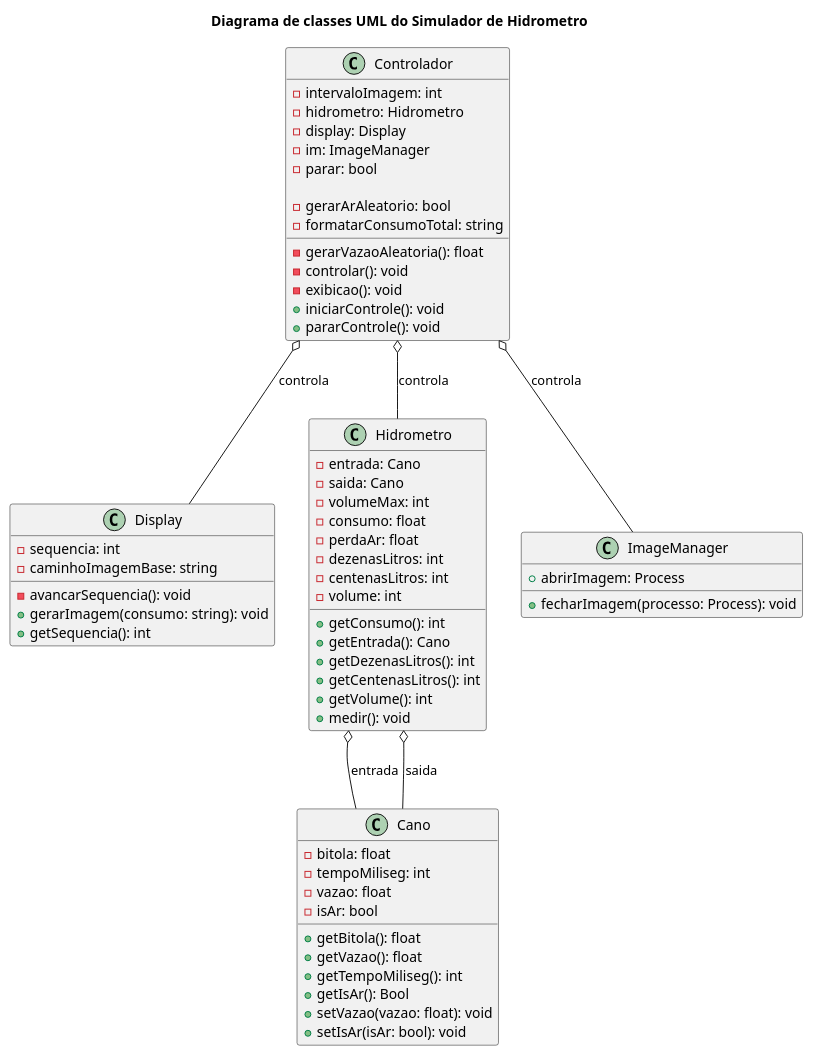
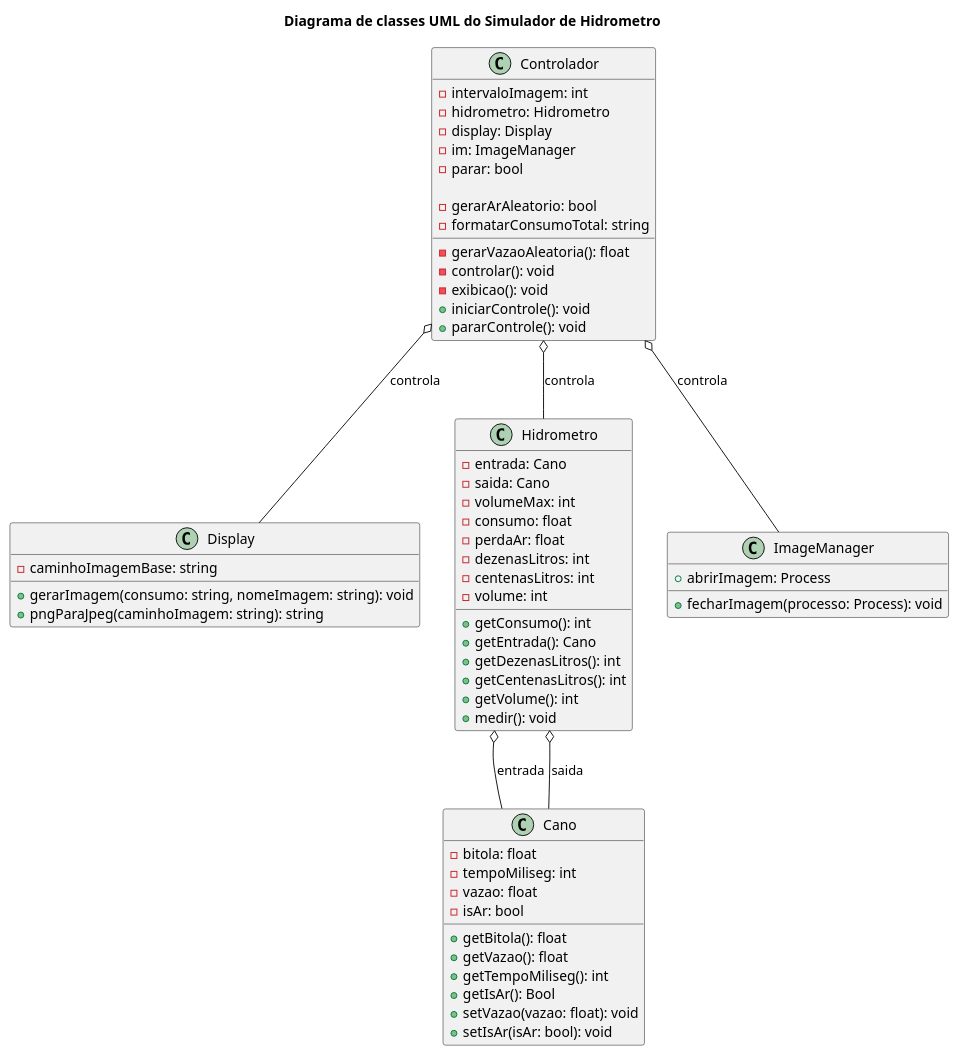
The diagram in docs/diagrama.puml (JeffersonAmorimdaCosta/simulador-hidrometro), drawn with PlantUML before and after one commit. The commit also changed 2 other files, not shown here.

```diff
--- a/docs/diagrama.puml
+++ b/docs/diagrama.puml
@@ -1,73 +1,71 @@
 @startuml
 title Diagrama de classes UML do Simulador de Hidrometro
 
 class Cano {
     - bitola: float
     - tempoMiliseg: int
     - vazao: float
     - isAr: bool
 
     + getBitola(): float
     + getVazao(): float
     + getTempoMiliseg(): int
     + getIsAr(): Bool
     + setVazao(vazao: float): void
     + setIsAr(isAr: bool): void
 }
 
 class Display {
-    - sequencia: int
     - caminhoImagemBase: string
 
-    - avancarSequencia(): void
-    + gerarImagem(consumo: string): void
-    + getSequencia(): int
+    + gerarImagem(consumo: string, nomeImagem: string): void
+    + pngParaJpeg(caminhoImagem: string): string
 }
 
 class Hidrometro {
     - entrada: Cano
     - saida: Cano
     - volumeMax: int
     - consumo: float
     - perdaAr: float
     - dezenasLitros: int
     - centenasLitros: int
     - volume: int
 
     + getConsumo(): int
     + getEntrada(): Cano
     + getDezenasLitros(): int
     + getCentenasLitros(): int
     + getVolume(): int
     + medir(): void
 }
 
 class Controlador {
     - intervaloImagem: int
     - hidrometro: Hidrometro
     - display: Display
     - im: ImageManager
     - parar: bool
 
     - gerarVazaoAleatoria(): float
     - gerarArAleatorio: bool
     - formatarConsumoTotal: string
     - controlar(): void
     - exibicao(): void
     + iniciarControle(): void
     + pararControle(): void
 }
 
 class ImageManager {
     + abrirImagem: Process
     + fecharImagem(processo: Process): void
 }
 
 '--- Relações ---
 Hidrometro o-- Cano : entrada
 Hidrometro o-- Cano : saida
 Controlador o-- Hidrometro : controla
 Controlador o-- Display : controla
 Controlador o-- ImageManager : controla
 
 @enduml
```
